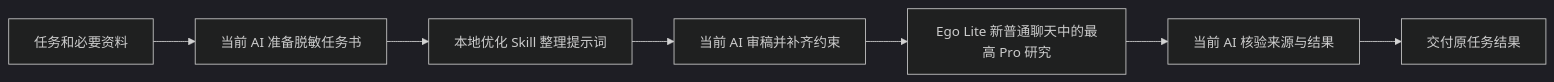
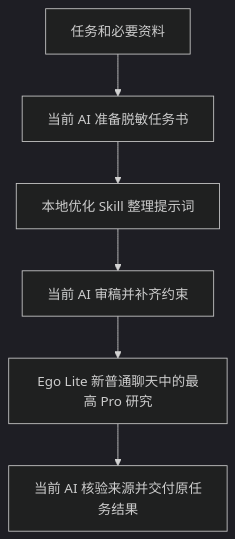
One commit to Samuel-Shek/ego-pro-research changed the diagram in README.md. Above: the diagram before and after it, drawn with Mermaid (dark theme).

Commit message:
Make the workflow diagram readable in narrow views

````diff
--- a/README.md
+++ b/README.md
@@ -9,9 +9,8 @@
 ```mermaid
-flowchart LR
+flowchart TD
     A[任务和必要资料] --> B[当前 AI 准备脱敏任务书]
     B --> C[本地优化 Skill 整理提示词]
     C --> D[当前 AI 审稿并补齐约束]
     D --> E[Ego Lite 新普通聊天中的最高 Pro 研究]
-    E --> F[当前 AI 核验来源与结果]
-    F --> G[交付原任务结果]
+    E --> F[当前 AI 核验来源并交付原任务结果]
 ```
````
